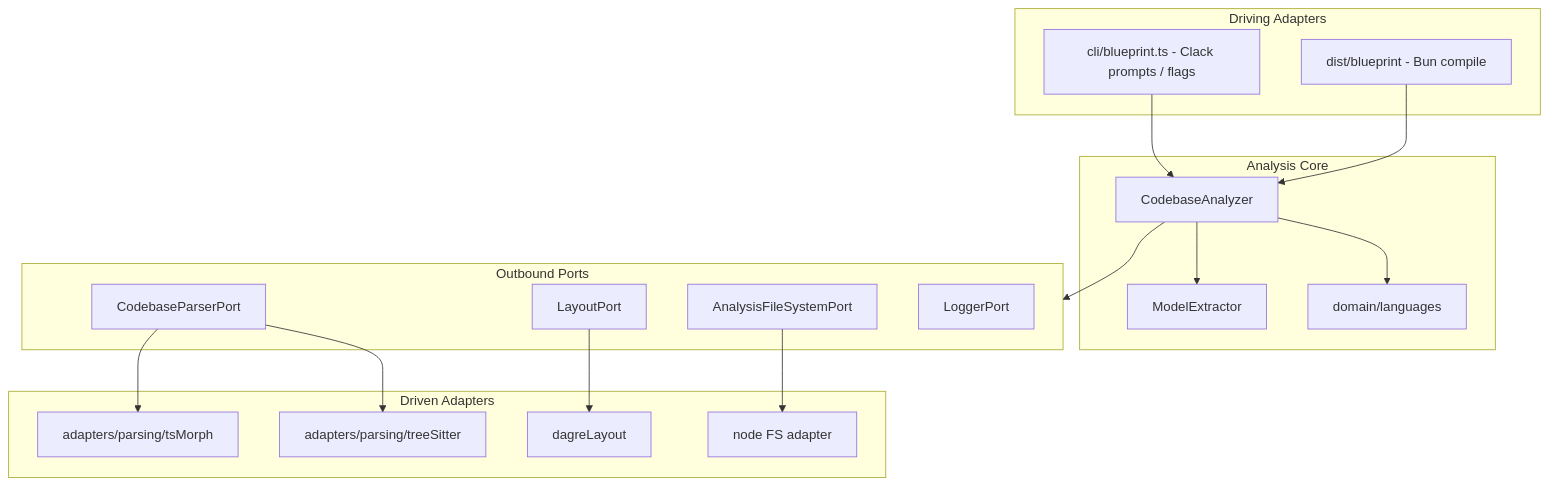
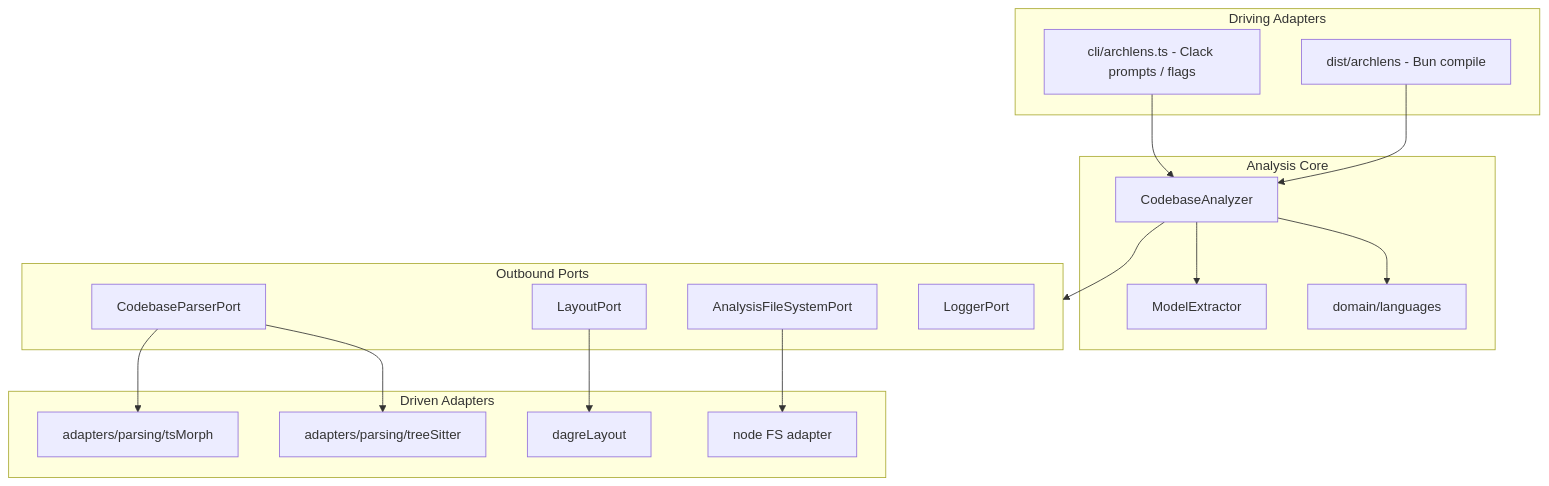
One commit to mzworthington/archlens changed the second of 2 diagrams in docs/architecture.md. Above: the diagram before and after it, drawn with Mermaid. The commit also changed other lines of this file and 45 other files, not shown here.

````diff
--- a/docs/architecture.md
+++ b/docs/architecture.md
@@ -71,37 +71,37 @@
 ```mermaid
 graph TD
     subgraph CLI_Drivers [Driving Adapters]
-        CliEntry["cli/blueprint.ts - Clack prompts / flags"]
-        BunBinary[dist/blueprint - Bun compile]
+        CliEntry["cli/archlens.ts - Clack prompts / flags"]
+        BunBinary[dist/archlens - Bun compile]
     end
 
     subgraph CLI_Core [Analysis Core]
         Analyzer[CodebaseAnalyzer]
         Extractor[ModelExtractor]
         Languages[domain/languages]
     end
 
     subgraph CLI_Ports [Outbound Ports]
         ParserPort[CodebaseParserPort]
         LayoutPort[LayoutPort]
         CliFsPort[AnalysisFileSystemPort]
         CliLogPort[LoggerPort]
     end
 
     subgraph CLI_Adapters [Driven Adapters]
         TsMorph[adapters/parsing/tsMorph]
         TreeSitter[adapters/parsing/treeSitter]
         Dagre[dagreLayout]
         Fs[node FS adapter]
     end
 
     CliEntry --> Analyzer
     BunBinary --> Analyzer
     Analyzer --> Extractor
     Analyzer --> Languages
     Analyzer --> CLI_Ports
     ParserPort --> TsMorph
     ParserPort --> TreeSitter
     LayoutPort --> Dagre
     CliFsPort --> Fs
 ```
````
